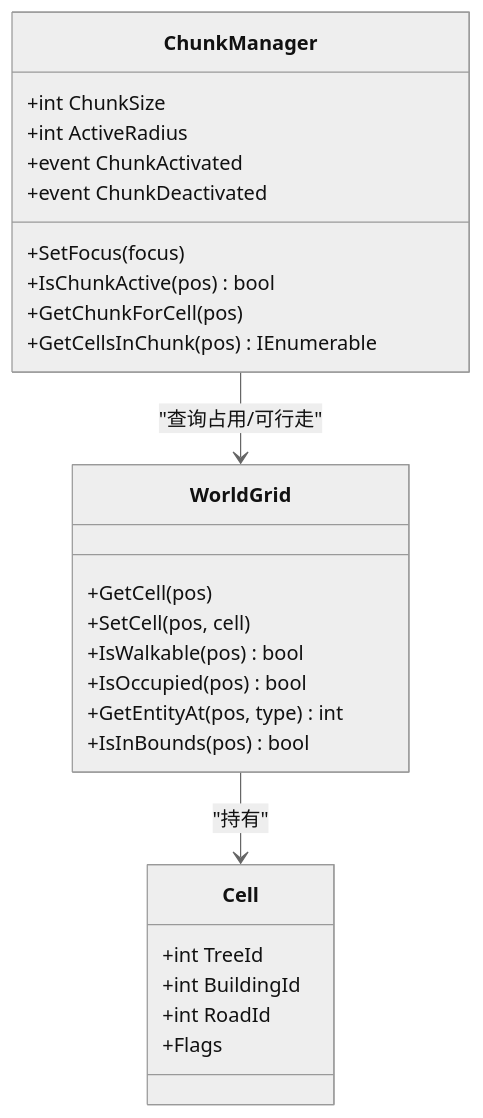
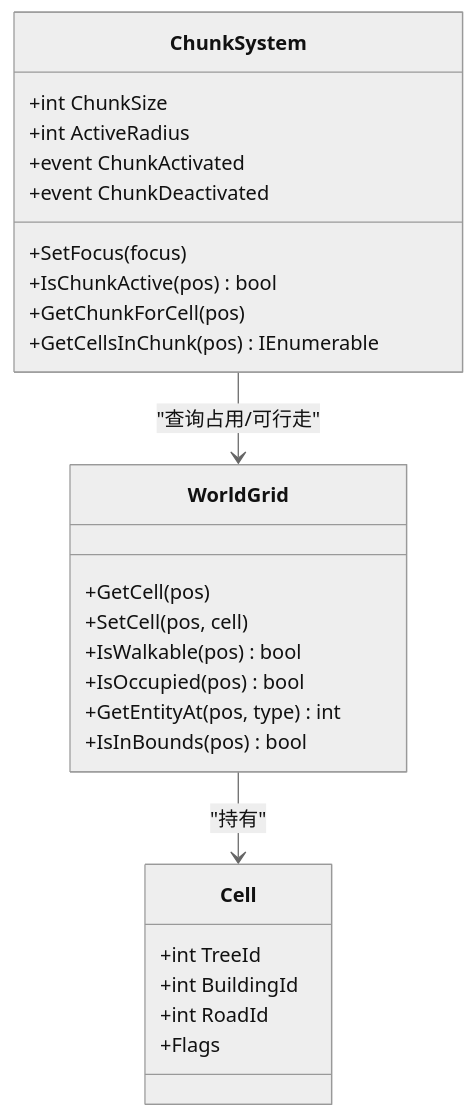
One commit to MOYVSH/SimulationClient changed the fourth of 10 diagrams in .qoder/repowiki/zh/content/核心系统/世界网格系统.md. Above: the diagram before and after it, drawn with Mermaid (neutral theme). The commit also changed other lines of this file and 3095 other files, not shown here.

````diff
--- a/.qoder/repowiki/zh/content/核心系统/世界网格系统.md
+++ b/.qoder/repowiki/zh/content/核心系统/世界网格系统.md
@@ -153,29 +220,29 @@
 ```mermaid
 classDiagram
 class WorldGrid {
 +GetCell(pos)
 +SetCell(pos, cell)
 +IsWalkable(pos) bool
 +IsOccupied(pos) bool
 +GetEntityAt(pos, type) int
 +IsInBounds(pos) bool
 }
 class Cell {
 +int TreeId
 +int BuildingId
 +int RoadId
 +Flags
 }
-class ChunkManager {
+class ChunkSystem {
 +int ChunkSize
 +int ActiveRadius
 +event ChunkActivated
 +event ChunkDeactivated
 +SetFocus(focus)
 +IsChunkActive(pos) bool
 +GetChunkForCell(pos)
 +GetCellsInChunk(pos) IEnumerable
 }
 WorldGrid --> Cell : "持有"
-ChunkManager --> WorldGrid : "查询占用/可行走"
+ChunkSystem --> WorldGrid : "查询占用/可行走"
 ```
````
